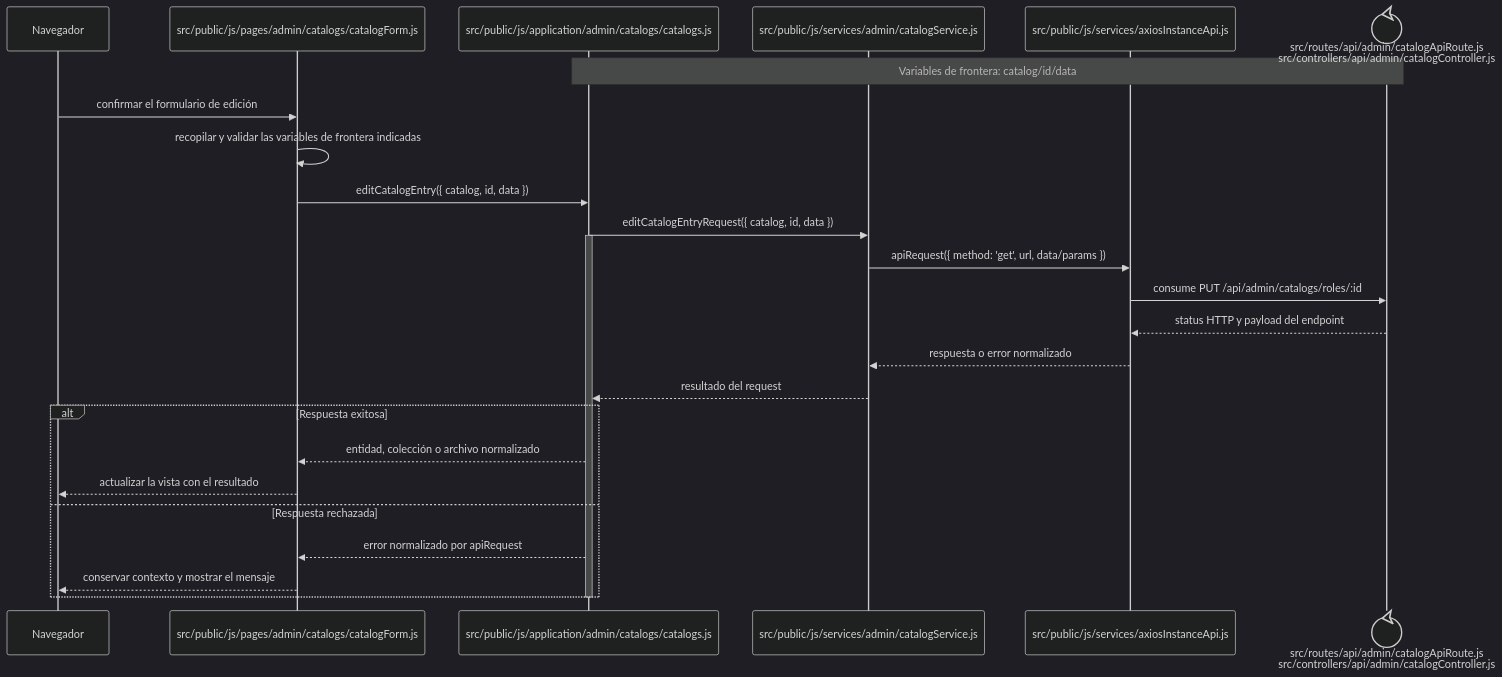
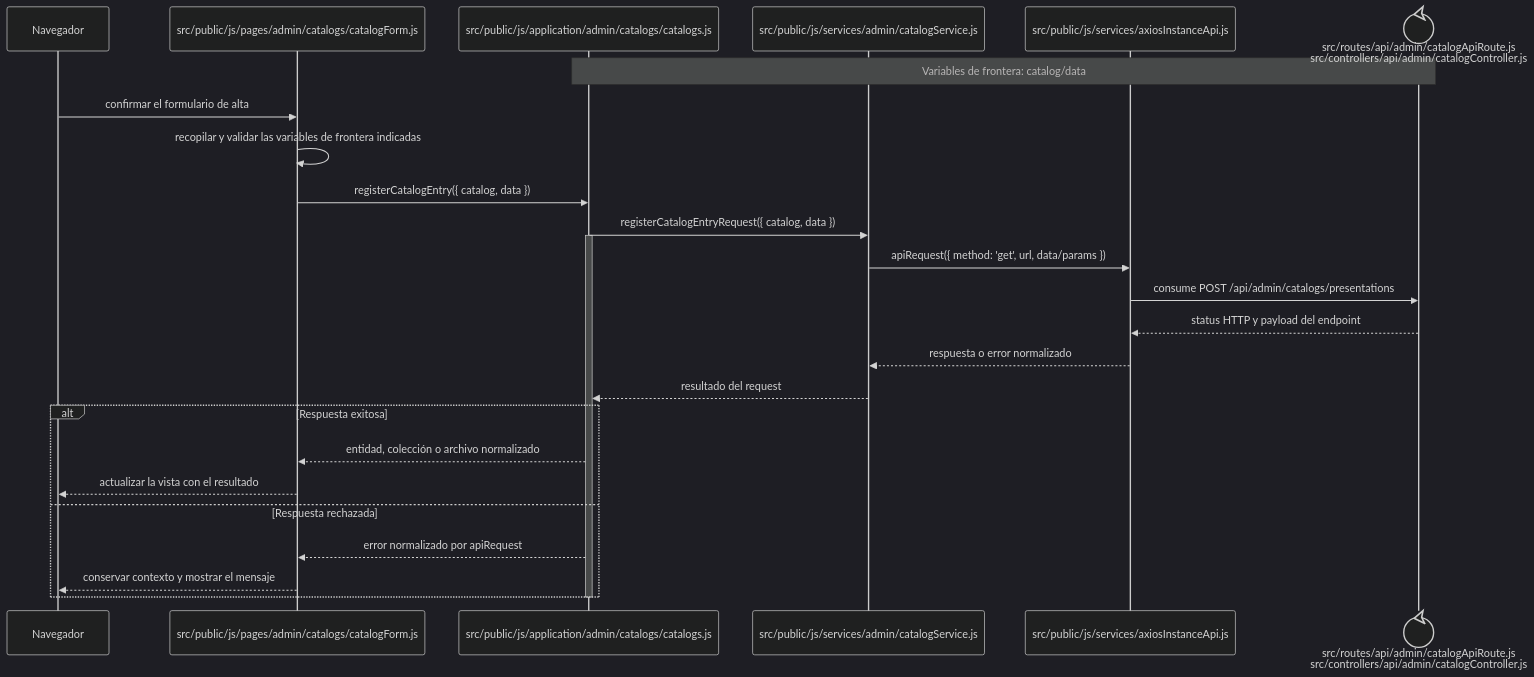
Before and after one commit to gpgsistemas01/nexus: the diagram in docs/architecture/frontend-code-sequences/catalogs/cu-cat-32.md, drawn with Mermaid (dark theme). The commit also changed other lines of this file and 207 other files, not shown here.

````diff
--- a/docs/architecture/frontend-code-sequences/catalogs/cu-cat-32.md
+++ b/docs/architecture/frontend-code-sequences/catalogs/cu-cat-32.md
@@ -6,29 +6,29 @@
 ```mermaid
 sequenceDiagram
     participant Browser as Navegador
     participant View as src/public/js/pages/admin/catalogs/catalogForm.js
     participant Application as src/public/js/application/admin/catalogs/catalogs.js
     participant Request as src/public/js/services/admin/catalogService.js
     participant HTTP as src/public/js/services/axiosInstanceApi.js
     participant Transport@{ "type": "control" } as src/routes/api/admin/catalogApiRoute.js<br/>src/controllers/api/admin/catalogController.js
-    Note over Application,Transport: Variables de frontera: catalog/id/data
+    Note over Application,Transport: Variables de frontera: catalog/data
 
-    Browser->>View: confirmar el formulario de edición
+    Browser->>View: confirmar el formulario de alta
     View->>View: recopilar y validar las variables de frontera indicadas
-    View->>Application: editCatalogEntry({ catalog, id, data })
-    Application->>Request: editCatalogEntryRequest({ catalog, id, data })
+    View->>Application: registerCatalogEntry({ catalog, data })
+    Application->>Request: registerCatalogEntryRequest({ catalog, data })
     activate Application
     Request->>HTTP: apiRequest({ method: 'get', url, data/params })
-    HTTP->>Transport: consume PUT /api/admin/catalogs/roles/:id
+    HTTP->>Transport: consume POST /api/admin/catalogs/presentations
     Transport-->>HTTP: status HTTP y payload del endpoint
     HTTP-->>Request: respuesta o error normalizado
     Request-->>Application: resultado del request
     alt Respuesta exitosa
         Application-->>View: entidad, colección o archivo normalizado
         View-->>Browser: actualizar la vista con el resultado
     else Respuesta rechazada
         Application-->>View: error normalizado por apiRequest
         View-->>Browser: conservar contexto y mostrar el mensaje
     end
     deactivate Application
 ```
````
